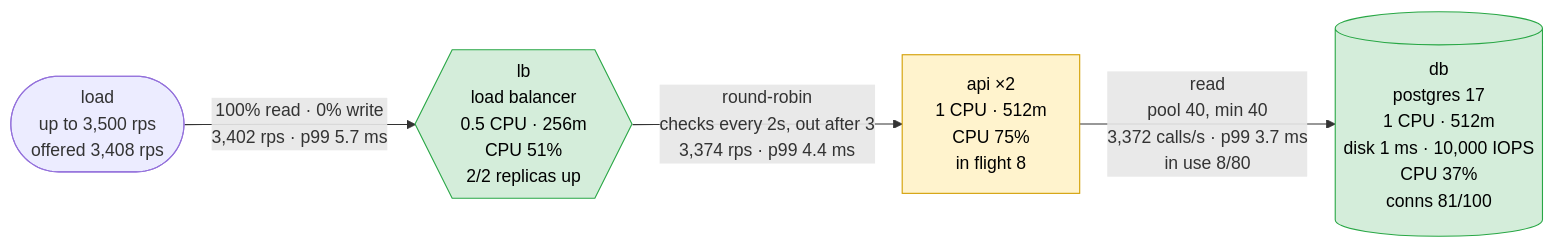
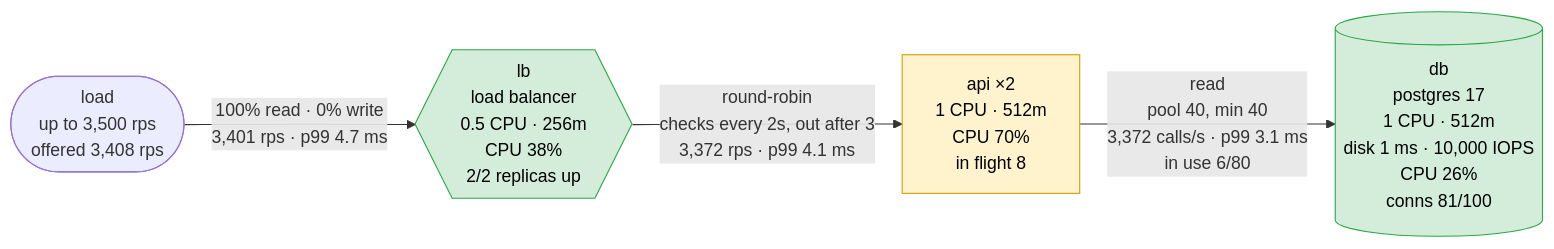
Before and after one commit to akinfemi/load-lore: the first of 5 diagrams in scenarios/statement-day/solutions/provisioned-iops/report.md, drawn with Mermaid. The commit also changed other lines of this file and 3 other files, not shown here.

Commit message:
statement day: reference reports and load block from the check with read timing

````diff
--- a/scenarios/statement-day/solutions/provisioned-iops/report.md
+++ b/scenarios/statement-day/solutions/provisioned-iops/report.md
@@ -17,15 +17,15 @@
 ```mermaid
 flowchart LR
     load(["load<br/>up to 3,500 rps<br/>offered 3,408 rps"])
-    lb{{"lb<br/>load balancer<br/>0.5 CPU · 256m<br/>CPU 51%<br/>2/2 replicas up"}}
-    api["api ×2<br/>1 CPU · 512m<br/>CPU 75%<br/>in flight 8"]
-    db[("db<br/>postgres 17<br/>1 CPU · 512m<br/>disk 1 ms · 10,000 IOPS<br/>CPU 37%<br/>conns 81/100")]
-    load -->|"100% read · 0% write<br/>3,402 rps · p99 5.7 ms"| lb
-    lb -->|"round-robin<br/>checks every 2s, out after 3<br/>3,374 rps · p99 4.4 ms"| api
-    api -->|"read<br/>pool 40, min 40<br/>3,372 calls/s · p99 3.7 ms<br/>in use 8/80"| db
+    lb{{"lb<br/>load balancer<br/>0.5 CPU · 256m<br/>CPU 38%<br/>2/2 replicas up"}}
+    api["api ×2<br/>1 CPU · 512m<br/>CPU 70%<br/>in flight 8"]
+    db[("db<br/>postgres 17<br/>1 CPU · 512m<br/>disk 1 ms · 10,000 IOPS<br/>CPU 26%<br/>conns 81/100")]
+    load -->|"100% read · 0% write<br/>3,401 rps · p99 4.7 ms"| lb
+    lb -->|"round-robin<br/>checks every 2s, out after 3<br/>3,372 rps · p99 4.1 ms"| api
+    api -->|"read<br/>pool 40, min 40<br/>3,372 calls/s · p99 3.1 ms<br/>in use 6/80"| db
     classDef ok fill:#d4edda,stroke:#28a745,color:#000
     classDef warm fill:#fff3cd,stroke:#d39e00,color:#000
     classDef hot fill:#f8d7da,stroke:#dc3545,color:#000
     class lb,db ok
     class api warm
 ```
````
